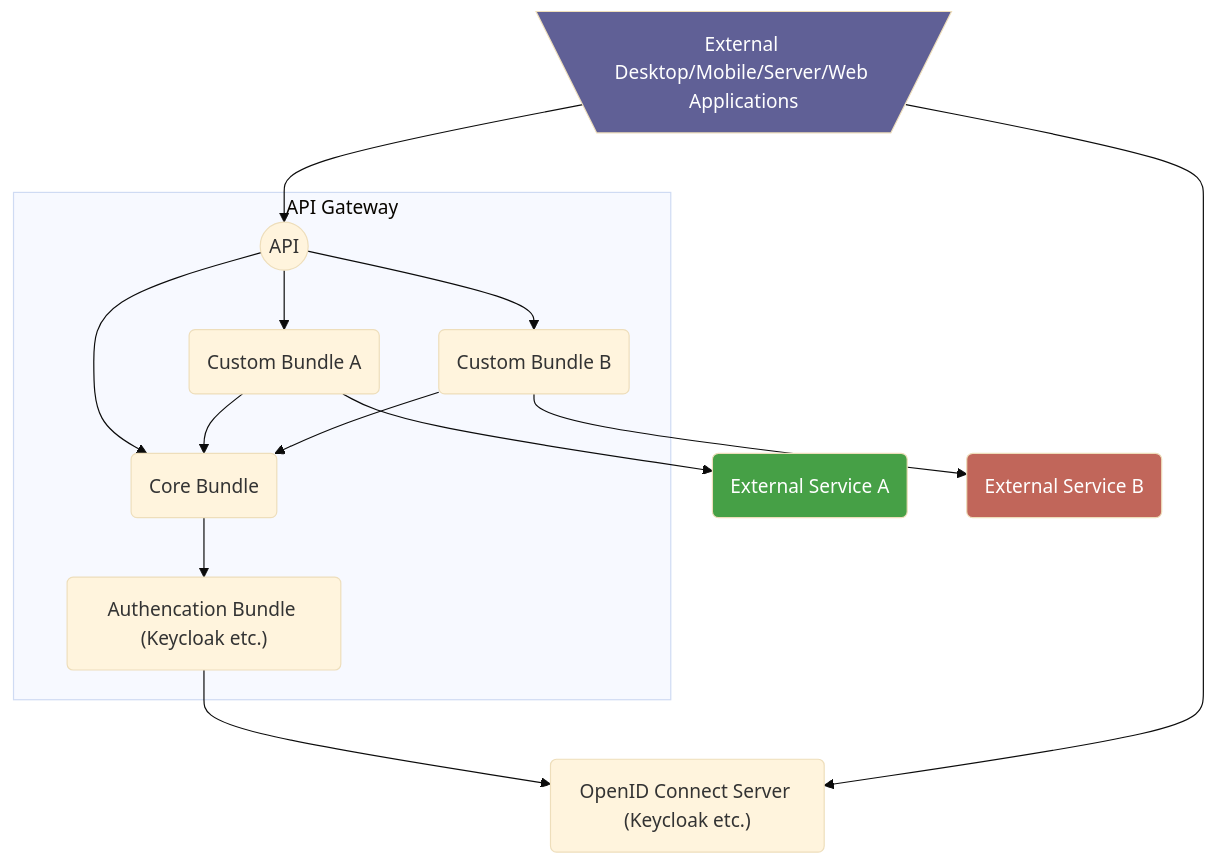
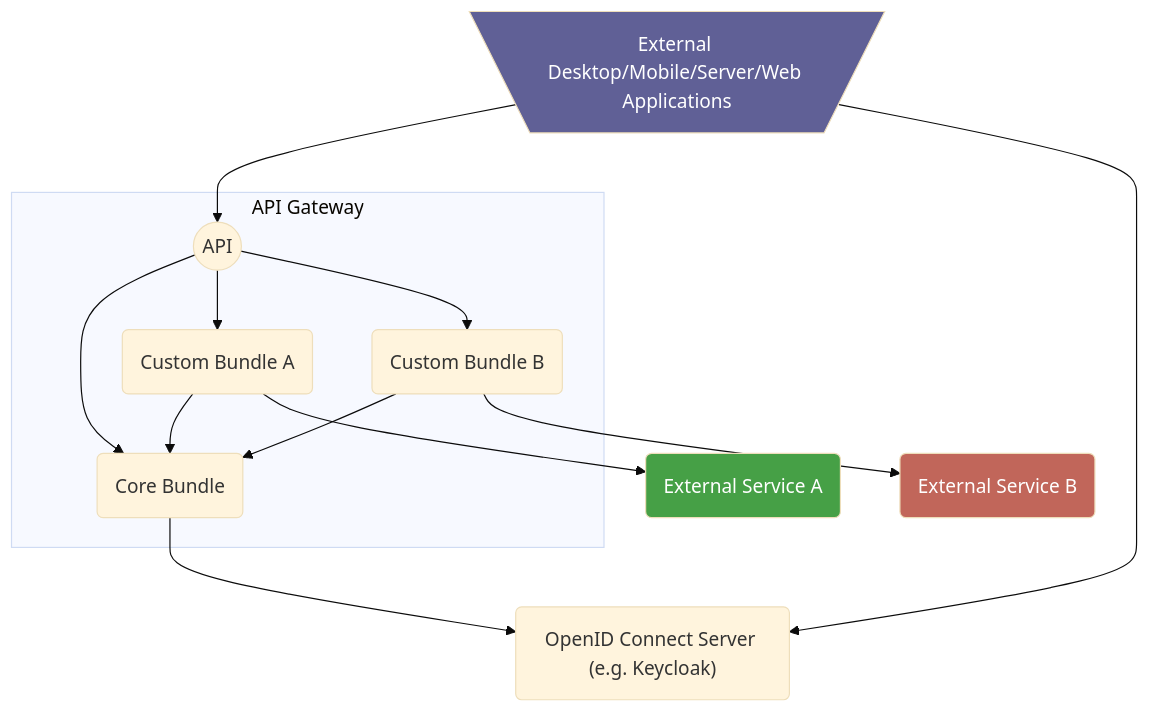
One commit to digital-blueprint/handbook changed the diagram in docs/relay/index.md. Above: the diagram before and after it, drawn with Mermaid (base theme). The commit also changed other lines of this file and 13 other files, not shown here.

````diff
--- a/docs/relay/index.md
+++ b/docs/relay/index.md
@@ -10,31 +10,29 @@
 ```mermaid
 graph TD
     style ext_apps fill:#606096,color:#fff
     style ext_service1 fill:#46A046,color:#fff
     style ext_service2 fill:#C1665A,color:#fff
 
     ext_apps[\"External Desktop/Mobile/Server/Web Applications"/]
-    oidc_server("OpenID Connect Server (Keycloak etc.)")
+    oidc_server("OpenID Connect Server (e.g. Keycloak)")
     ext_service1("External Service A")
     ext_service2("External Service B")
 
     subgraph API Gateway
         api(("API"))
         core_bundle("Core Bundle")
-        auth_bundle("Authencation Bundle (Keycloak etc.)")
         custom_bundle1("Custom Bundle A")
         custom_bundle2("Custom Bundle B")
     end
 
     api --> core_bundle
-    core_bundle --> auth_bundle
     api --> custom_bundle1
     api --> custom_bundle2
-    auth_bundle --> oidc_server
     custom_bundle1 --> core_bundle
     custom_bundle1 --> ext_service1
     custom_bundle2 --> core_bundle
     custom_bundle2 --> ext_service2
     ext_apps --> api
     ext_apps --> oidc_server
+    core_bundle --> oidc_server
 ```
````
